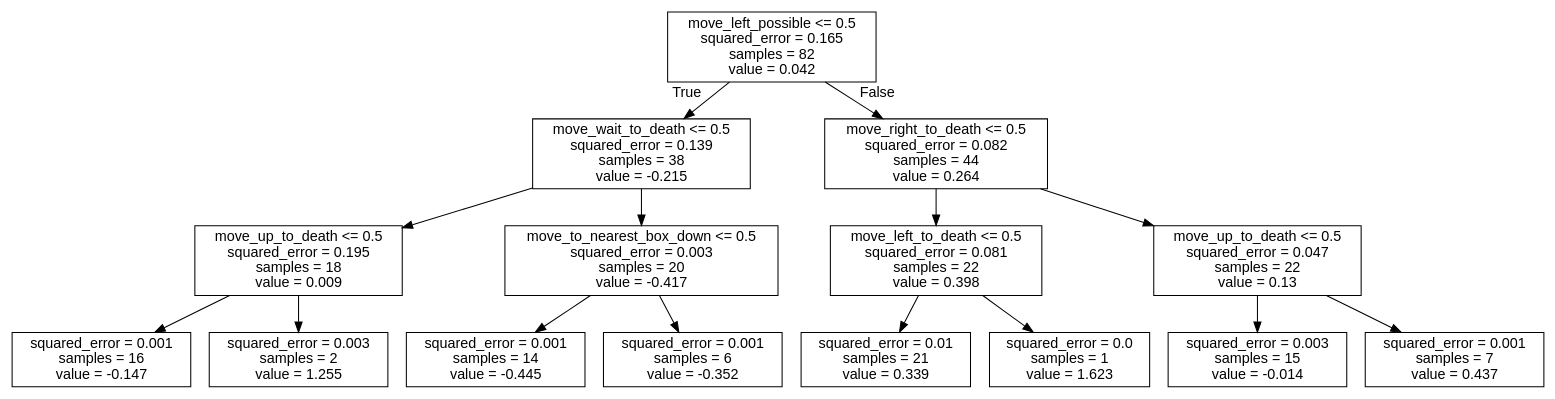
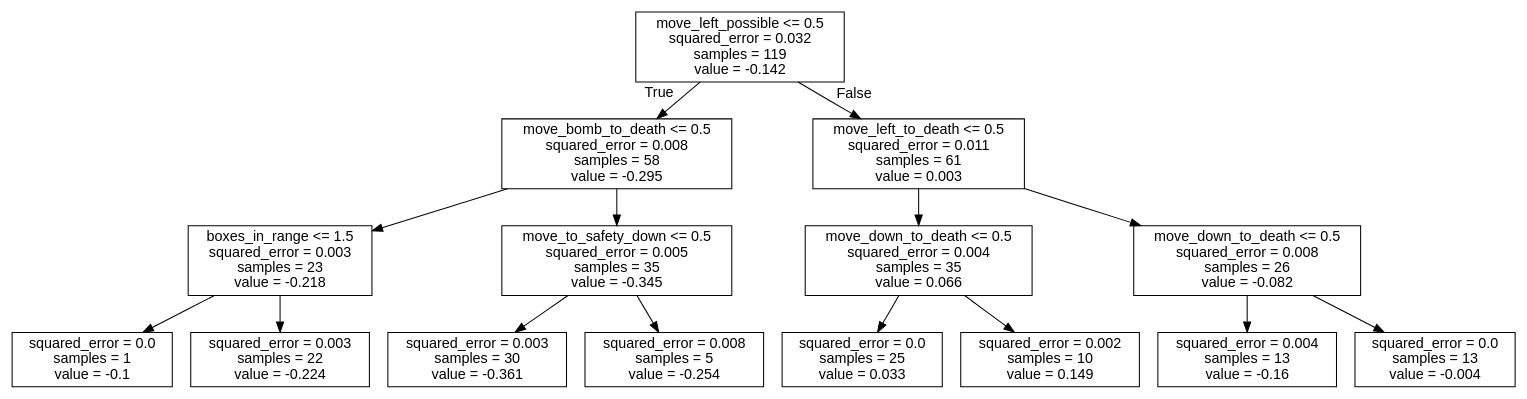
The diagram in bomberman_rl/agent_code/my_agent/trees/LEFT.dot (J-Gann/FML), drawn with Graphviz before and after one commit. The commit also changed 11 other files, not shown here.

```diff
--- a/bomberman_rl/agent_code/my_agent/trees/LEFT.dot
+++ b/bomberman_rl/agent_code/my_agent/trees/LEFT.dot
@@ -1,33 +1,33 @@
 digraph Tree {
 node [shape=box, fontname="helvetica"] ;
 edge [fontname="helvetica"] ;
-0 [label="move_left_possible <= 0.5\nsquared_error = 0.165\nsamples = 82\nvalue = 0.042"] ;
-1 [label="move_wait_to_death <= 0.5\nsquared_error = 0.139\nsamples = 38\nvalue = -0.215"] ;
+0 [label="move_left_possible <= 0.5\nsquared_error = 0.032\nsamples = 119\nvalue = -0.142"] ;
+1 [label="move_bomb_to_death <= 0.5\nsquared_error = 0.008\nsamples = 58\nvalue = -0.295"] ;
 0 -> 1 [labeldistance=2.5, labelangle=45, headlabel="True"] ;
-2 [label="move_up_to_death <= 0.5\nsquared_error = 0.195\nsamples = 18\nvalue = 0.009"] ;
+2 [label="boxes_in_range <= 1.5\nsquared_error = 0.003\nsamples = 23\nvalue = -0.218"] ;
 1 -> 2 ;
-3 [label="squared_error = 0.001\nsamples = 16\nvalue = -0.147"] ;
+3 [label="squared_error = 0.0\nsamples = 1\nvalue = -0.1"] ;
 2 -> 3 ;
-4 [label="squared_error = 0.003\nsamples = 2\nvalue = 1.255"] ;
+4 [label="squared_error = 0.003\nsamples = 22\nvalue = -0.224"] ;
 2 -> 4 ;
-5 [label="move_to_nearest_box_down <= 0.5\nsquared_error = 0.003\nsamples = 20\nvalue = -0.417"] ;
+5 [label="move_to_safety_down <= 0.5\nsquared_error = 0.005\nsamples = 35\nvalue = -0.345"] ;
 1 -> 5 ;
-6 [label="squared_error = 0.001\nsamples = 14\nvalue = -0.445"] ;
+6 [label="squared_error = 0.003\nsamples = 30\nvalue = -0.361"] ;
 5 -> 6 ;
-7 [label="squared_error = 0.001\nsamples = 6\nvalue = -0.352"] ;
+7 [label="squared_error = 0.008\nsamples = 5\nvalue = -0.254"] ;
 5 -> 7 ;
-8 [label="move_right_to_death <= 0.5\nsquared_error = 0.082\nsamples = 44\nvalue = 0.264"] ;
+8 [label="move_left_to_death <= 0.5\nsquared_error = 0.011\nsamples = 61\nvalue = 0.003"] ;
 0 -> 8 [labeldistance=2.5, labelangle=-45, headlabel="False"] ;
-9 [label="move_left_to_death <= 0.5\nsquared_error = 0.081\nsamples = 22\nvalue = 0.398"] ;
+9 [label="move_down_to_death <= 0.5\nsquared_error = 0.004\nsamples = 35\nvalue = 0.066"] ;
 8 -> 9 ;
-10 [label="squared_error = 0.01\nsamples = 21\nvalue = 0.339"] ;
+10 [label="squared_error = 0.0\nsamples = 25\nvalue = 0.033"] ;
 9 -> 10 ;
-11 [label="squared_error = 0.0\nsamples = 1\nvalue = 1.623"] ;
+11 [label="squared_error = 0.002\nsamples = 10\nvalue = 0.149"] ;
 9 -> 11 ;
-12 [label="move_up_to_death <= 0.5\nsquared_error = 0.047\nsamples = 22\nvalue = 0.13"] ;
+12 [label="move_down_to_death <= 0.5\nsquared_error = 0.008\nsamples = 26\nvalue = -0.082"] ;
 8 -> 12 ;
-13 [label="squared_error = 0.003\nsamples = 15\nvalue = -0.014"] ;
+13 [label="squared_error = 0.004\nsamples = 13\nvalue = -0.16"] ;
 12 -> 13 ;
-14 [label="squared_error = 0.001\nsamples = 7\nvalue = 0.437"] ;
+14 [label="squared_error = 0.0\nsamples = 13\nvalue = -0.004"] ;
 12 -> 14 ;
 }
```
